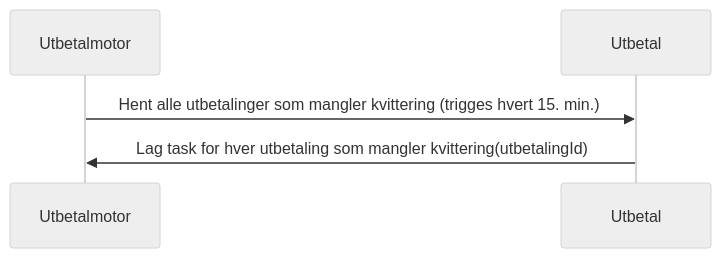
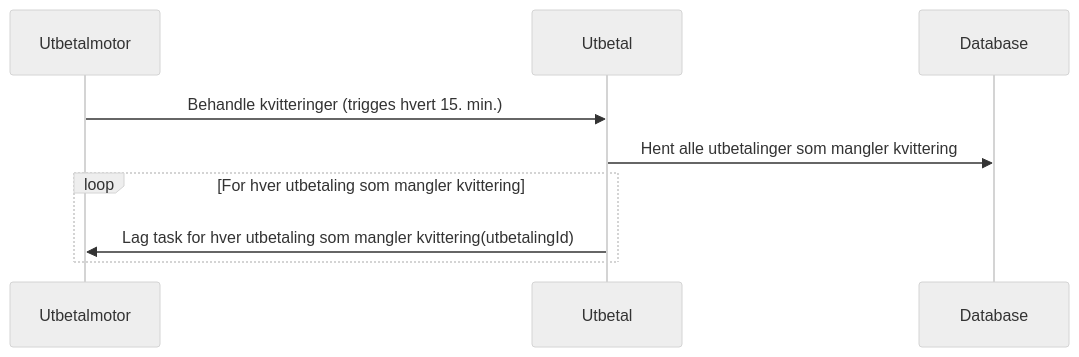
Before and after one commit to navikt/aap-utbetal: the seventh of 8 diagrams in README.md, drawn with Mermaid (neutral theme). The commit also changed other lines of this file, not shown here.

Commit message:
Endret sekvensdiagrammer.

````diff
--- a/README.md
+++ b/README.md
@@ -75,5 +90,8 @@
 ```mermaid
 sequenceDiagram
-Utbetalmotor->>Utbetal: Hent alle utbetalinger som mangler kvittering (trigges hvert 15. min.)
-Utbetal->>Utbetalmotor: Lag task for hver utbetaling som mangler kvittering(utbetalingId)
+Utbetalmotor->>Utbetal: Behandle kvitteringer (trigges hvert 15. min.)
+Utbetal->>Database: Hent alle utbetalinger som mangler kvittering
+loop For hver utbetaling som mangler kvittering
+    Utbetal->>Utbetalmotor: Lag task for hver utbetaling som mangler kvittering(utbetalingId)
+end
 ```
````
